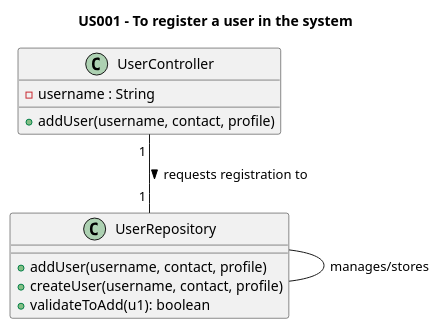
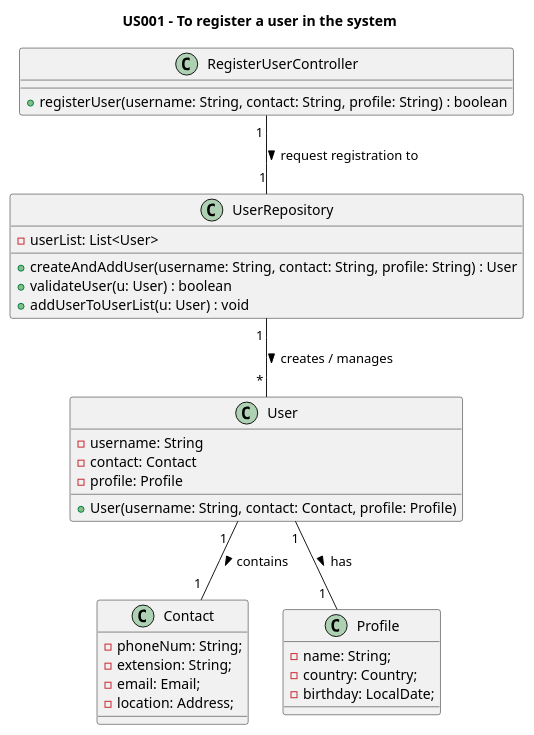
The diagram in Diagrams/ClassDiagrams/US001-to-register-a-user.puml (AndrePereiraGitH/SWitCH-Project-Team_A), drawn with PlantUML before and after one commit. The commit also changed 5 other files, not shown here.

Commit message:
Working on #23 #26, updating Sequence Digram and Class Diagram

```diff
--- a/Diagrams/ClassDiagrams/US001-to-register-a-user.puml
+++ b/Diagrams/ClassDiagrams/US001-to-register-a-user.puml
@@ -1,20 +1,42 @@
 @startuml
 title US001 - To register a user in the system
 
-class UserController {
-  - username : String
-  +addUser(username, contact, profile)
+class RegisterUserController {
+  +registerUser(username: String, contact: String, profile: String) : boolean
 }
 
 class UserRepository {
-  +addUser(username, contact, profile)
-  +createUser(username, contact, profile)
-  +validateToAdd(u1): boolean
+  -userList: List<User>
+  +createAndAddUser(username: String, contact: String, profile: String) : User
+  +validateUser(u: User) : boolean
+  +addUserToUserList(u: User) : void
 }
 
-' Interactions
+class User {
+  -username: String
+  -contact: Contact
+  -profile: Profile
+  +User(username: String, contact: Contact, profile: Profile)
+}
 
-UserController "1 " -- "1 " UserRepository : requests registration to >
-UserRepository  --  UserRepository : manages/stores
+class Contact {
+  -phoneNum: String;
+  -extension: String;
+  -email: Email;
+  -location: Address;
+}
 
+
+class Profile {
+  -name: String;
+  -country: Country;
+  -birthday: LocalDate;
+}
+
+' Interaction
+
+RegisterUserController "1 " -- "1" UserRepository : request registration to >
+UserRepository "1 " -- " * " User : creates / manages >
+User "1  " -- "1 " Contact : contains >
+User "1" -- "1  " Profile : has >
 @enduml
```
